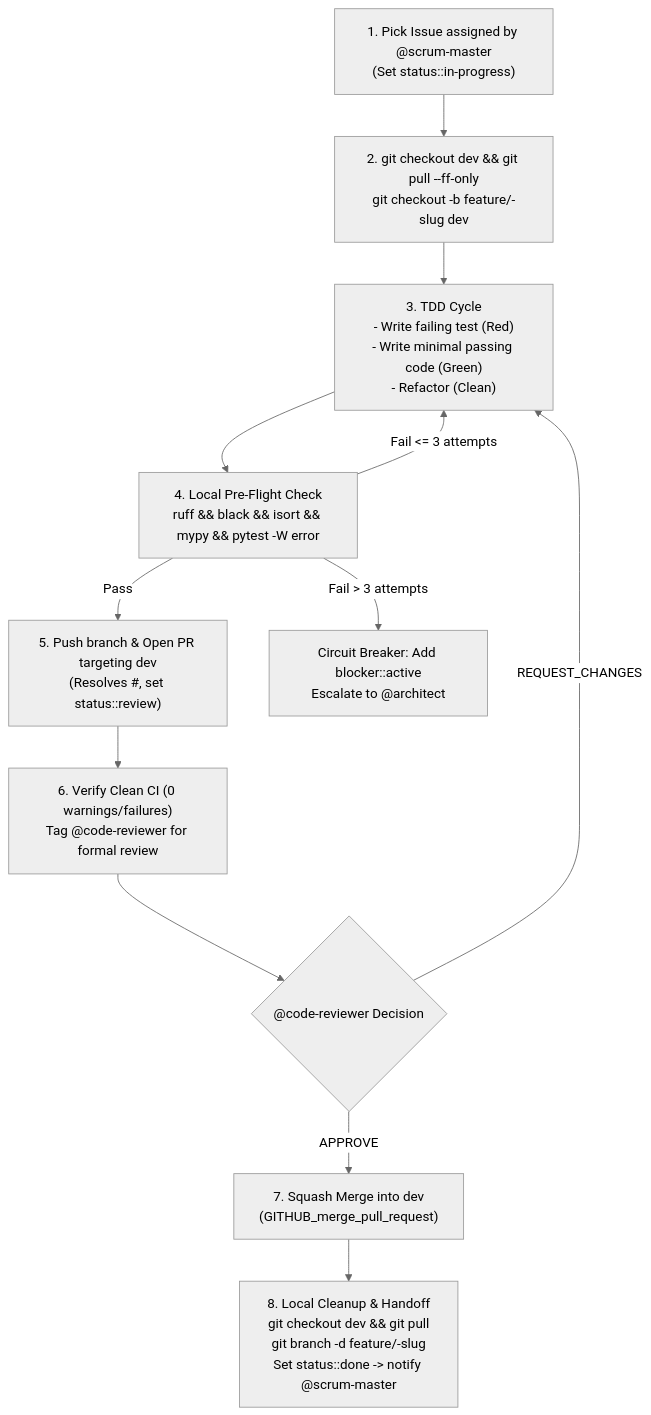
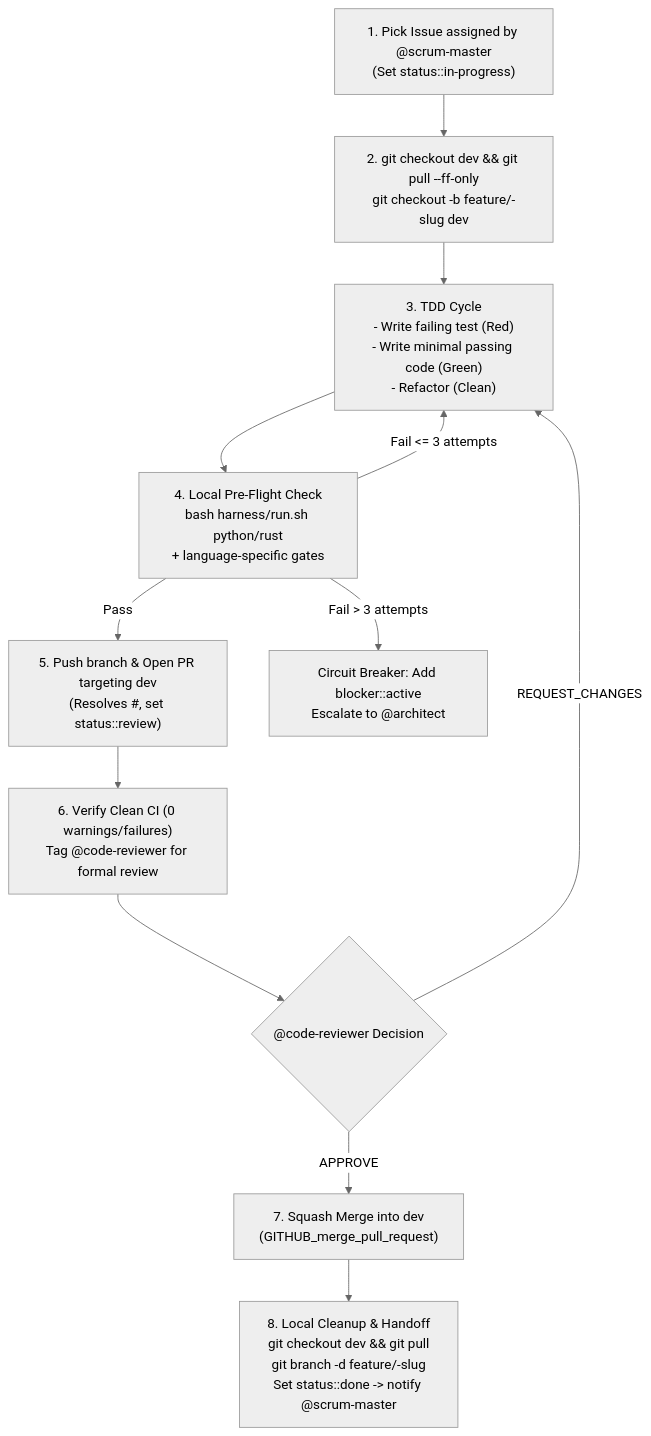
The diagram in agents/developer.md (fpittelo/opencode-home-config), drawn with Mermaid (neutral theme) before and after one commit. The commit also changed other lines of this file and 20 other files, not shown here.

````diff
--- a/agents/developer.md
+++ b/agents/developer.md
@@ -85,14 +95,14 @@
 ```mermaid
 flowchart TD
     A["1. Pick Issue assigned by @scrum-master\n(Set status::in-progress)"] --> B["2. git checkout dev && git pull --ff-only\ngit checkout -b feature/<issue-#>-slug dev"]
     B --> C["3. TDD Cycle\n- Write failing test (Red)\n- Write minimal passing code (Green)\n- Refactor (Clean)"]
-    C --> D["4. Local Pre-Flight Check\nruff && black && isort && mypy && pytest -W error"]
+    C --> D["4. Local Pre-Flight Check\nbash harness/run.sh python/rust\n+ language-specific gates"]
     D -->|Pass| E["5. Push branch & Open PR targeting dev\n(Resolves #<issue-#>, set status::review)"]
     D -->|Fail <= 3 attempts| C
     D -->|Fail > 3 attempts| ESC["Circuit Breaker: Add blocker::active\nEscalate to @architect"]
     E --> F["6. Verify Clean CI (0 warnings/failures)\nTag @code-reviewer for formal review"]
     F --> G{"@code-reviewer Decision"}
     G -->|REQUEST_CHANGES| C
     G -->|APPROVE| H["7. Squash Merge into dev\n(GITHUB_merge_pull_request)"]
     H --> I["8. Local Cleanup & Handoff\ngit checkout dev && git pull\ngit branch -d feature/<issue-#>-slug\nSet status::done -> notify @scrum-master"]
 ```
````
